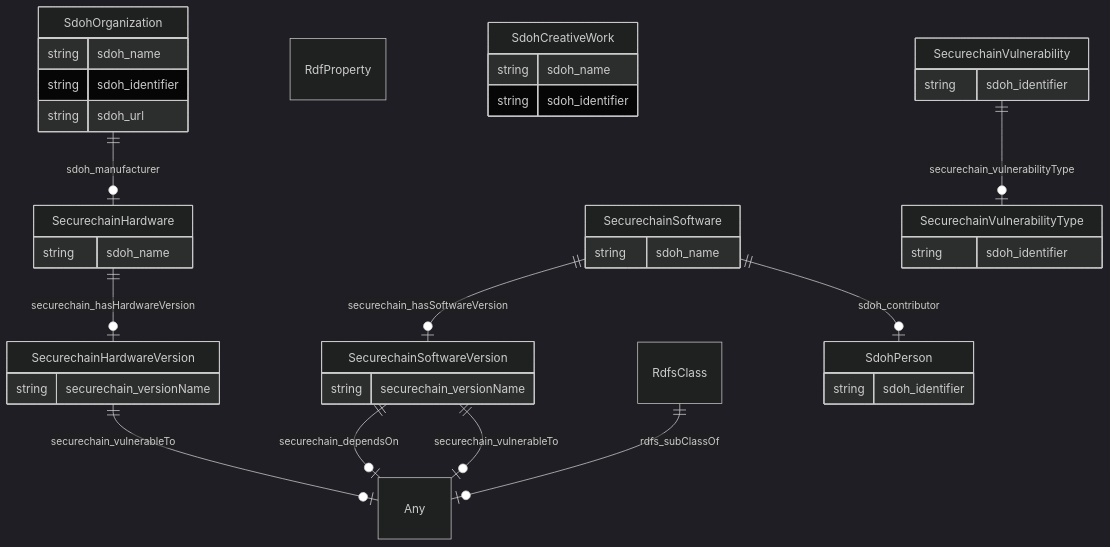
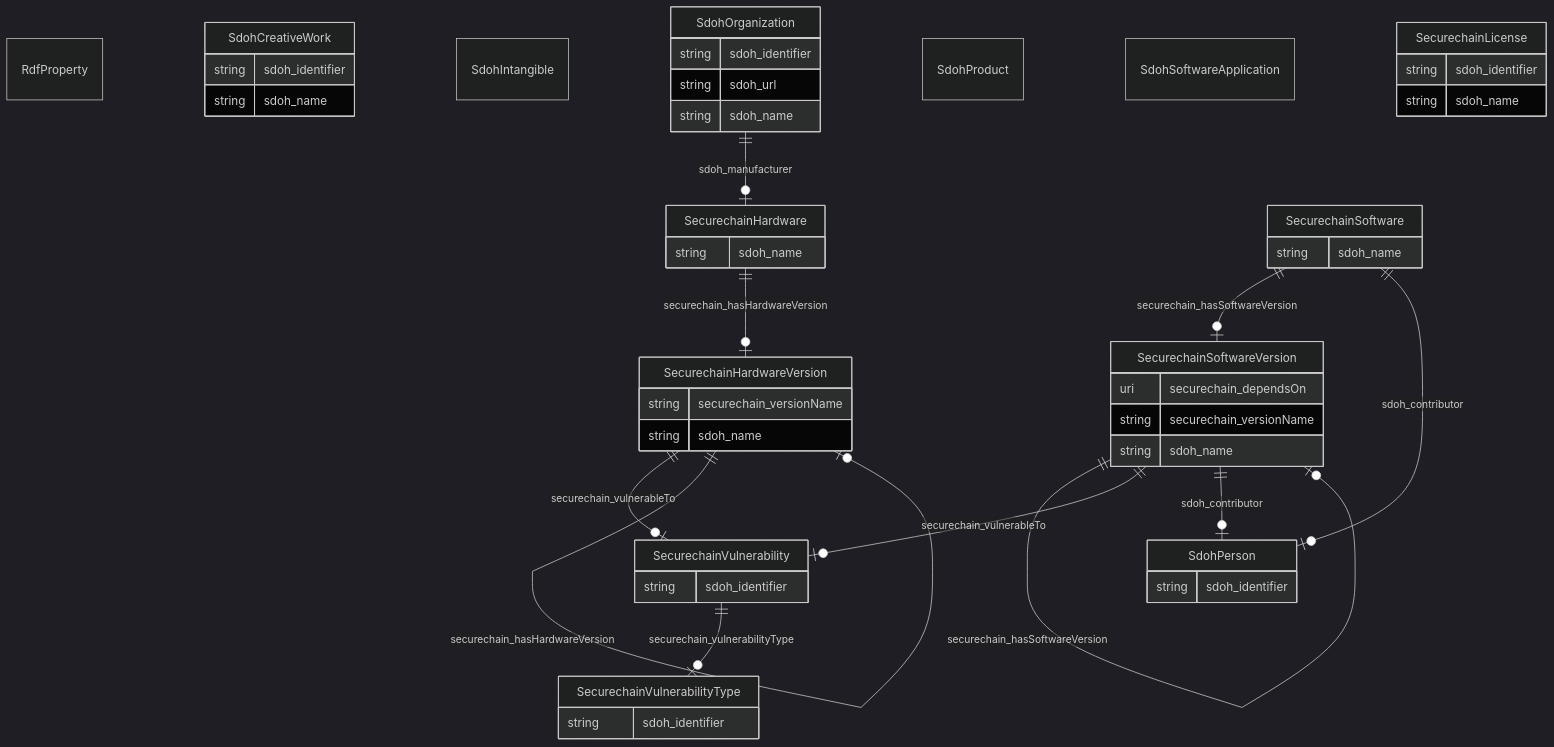
Before and after one commit to frink-okn/graph-descriptions: the diagram in secure-chain-kg/README.md, drawn with Mermaid (dark theme). The commit also changed other lines of this file and 6807 other files, not shown here.

````diff
--- a/secure-chain-kg/README.md
+++ b/secure-chain-kg/README.md
@@ -13,53 +13,65 @@
 ```mermaid
 erDiagram
-Any {
+RdfProperty {
+
+}
+SdohCreativeWork {
+    string sdoh_identifier  
+    string sdoh_name  
+}
+SdohIntangible {
+
+}
+SdohOrganization {
+    string sdoh_identifier  
+    string sdoh_url  
+    string sdoh_name  
+}
+SdohPerson {
+    string sdoh_identifier  
+}
+SdohProduct {
+
+}
+SdohSoftwareApplication {
 
 }
 SecurechainHardware {
     string sdoh_name  
 }
 SecurechainHardwareVersion {
     string securechain_versionName  
+    string sdoh_name  
+}
+SecurechainLicense {
+    string sdoh_identifier  
+    string sdoh_name  
 }
 SecurechainSoftware {
     string sdoh_name  
 }
 SecurechainSoftwareVersion {
+    uri securechain_dependsOn  
     string securechain_versionName  
+    string sdoh_name  
 }
 SecurechainVulnerability {
     string sdoh_identifier  
 }
 SecurechainVulnerabilityType {
     string sdoh_identifier  
 }
-RdfProperty {
 
-}
-RdfsClass {
-
-}
-SdohCreativeWork {
-    string sdoh_name  
-    string sdoh_identifier  
-}
-SdohOrganization {
-    string sdoh_name  
-    string sdoh_identifier  
-    string sdoh_url  
-}
-SdohPerson {
-    string sdoh_identifier  
-}
-
+SdohOrganization ||--|o SecurechainHardware : "sdoh_manufacturer"
 SecurechainHardware ||--|o SecurechainHardwareVersion : "securechain_hasHardwareVersion"
-SecurechainHardwareVersion ||--|o Any : "securechain_vulnerableTo"
+SecurechainHardwareVersion ||--|o SecurechainVulnerability : "securechain_vulnerableTo"
+SecurechainHardwareVersion ||--|o SecurechainHardwareVersion : "securechain_hasHardwareVersion"
 SecurechainSoftware ||--|o SecurechainSoftwareVersion : "securechain_hasSoftwareVersion"
 SecurechainSoftware ||--|o SdohPerson : "sdoh_contributor"
-SecurechainSoftwareVersion ||--|o Any : "securechain_dependsOn"
-SecurechainSoftwareVersion ||--|o Any : "securechain_vulnerableTo"
+SecurechainSoftwareVersion ||--|o SecurechainSoftwareVersion : "securechain_dependsOn"
+SecurechainSoftwareVersion ||--|o SecurechainVulnerability : "securechain_vulnerableTo"
+SecurechainSoftwareVersion ||--|o SecurechainSoftwareVersion : "securechain_hasSoftwareVersion"
+SecurechainSoftwareVersion ||--|o SdohPerson : "sdoh_contributor"
 SecurechainVulnerability ||--|o SecurechainVulnerabilityType : "securechain_vulnerabilityType"
-RdfsClass ||--|o Any : "rdfs_subClassOf"
-SdohOrganization ||--|o SecurechainHardware : "sdoh_manufacturer"
 
 ```
````
